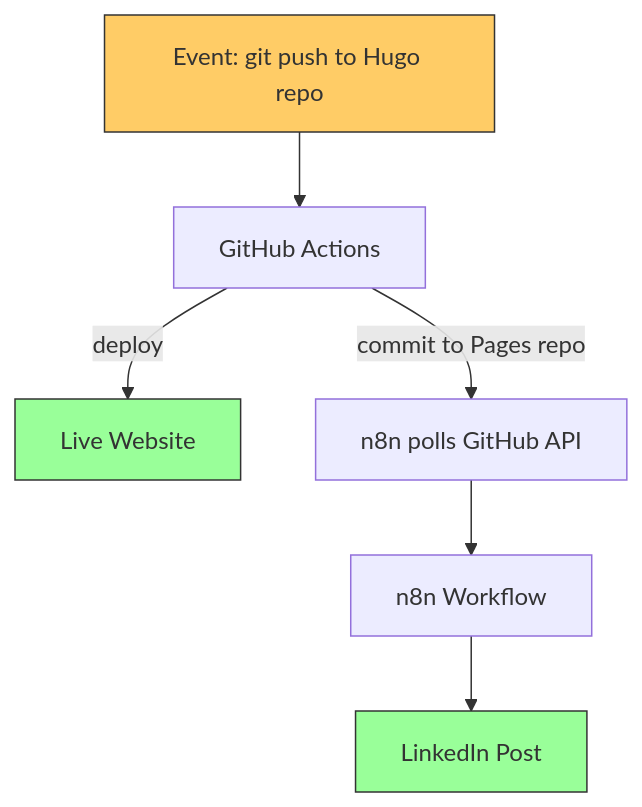
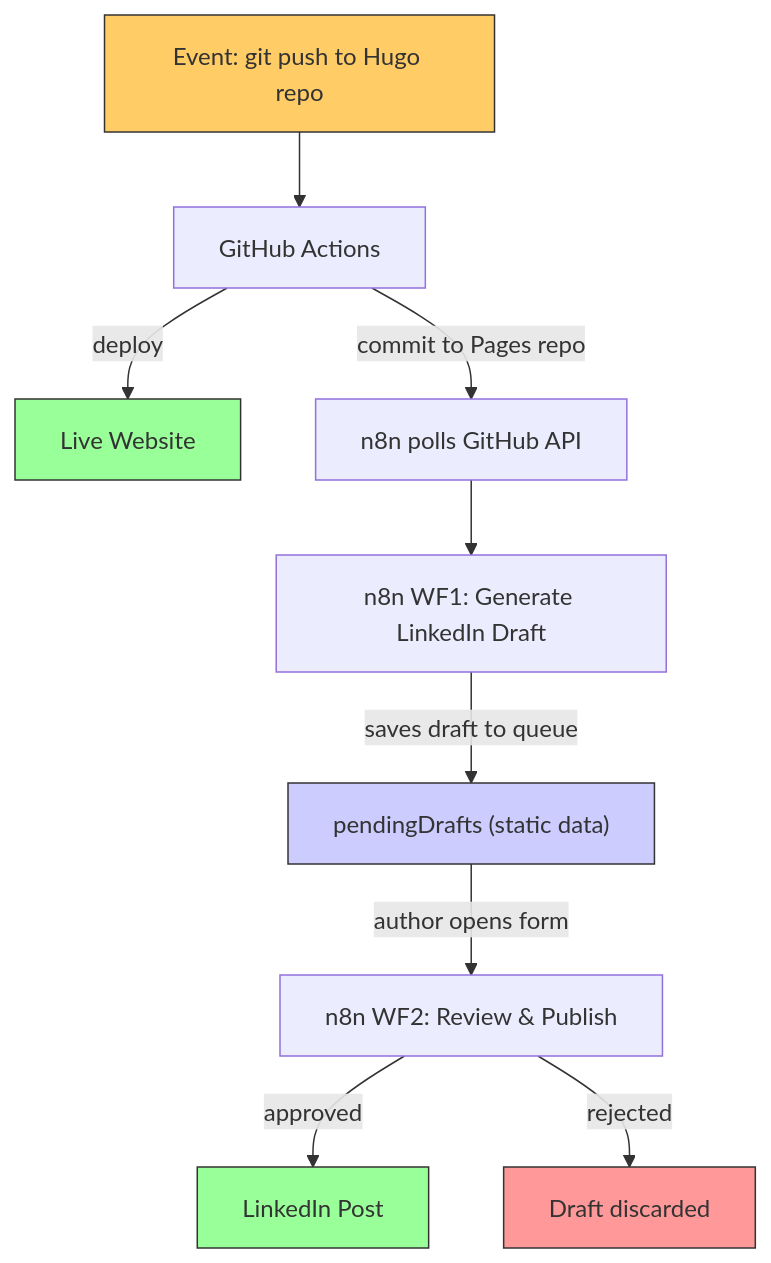
One commit to thatsmeadarsh/n8n-powered-auto-web-publish changed the first of 5 diagrams in docs/workflow-documentation.md. Above: the diagram before and after it, drawn with Mermaid. The commit also changed other lines of this file and 7 other files, not shown here.

First line of the commit message:
Add two-workflow architecture with form-based review

````diff
--- a/docs/workflow-documentation.md
+++ b/docs/workflow-documentation.md
@@ -11,12 +11,17 @@
 ```mermaid
 graph TD
     E["Event: git push to Hugo repo"] --> GA["GitHub Actions"]
     GA -->|"deploy"| SITE["Live Website"]
     GA -->|"commit to Pages repo"| POLL["n8n polls GitHub API"]
-    POLL --> N8N["n8n Workflow"]
-    N8N --> LI["LinkedIn Post"]
+    POLL --> WF1["n8n WF1: Generate LinkedIn Draft"]
+    WF1 -->|"saves draft to queue"| QUEUE["pendingDrafts (static data)"]
+    QUEUE -->|"author opens form"| WF2["n8n WF2: Review & Publish"]
+    WF2 -->|"approved"| LI["LinkedIn Post"]
+    WF2 -->|"rejected"| SKIP["Draft discarded"]
 
     style E fill:#ffcc66,stroke:#333
     style SITE fill:#99ff99,stroke:#333
     style LI fill:#99ff99,stroke:#333
+    style QUEUE fill:#ccccff,stroke:#333
+    style SKIP fill:#ff9999,stroke:#333
 ```
````
